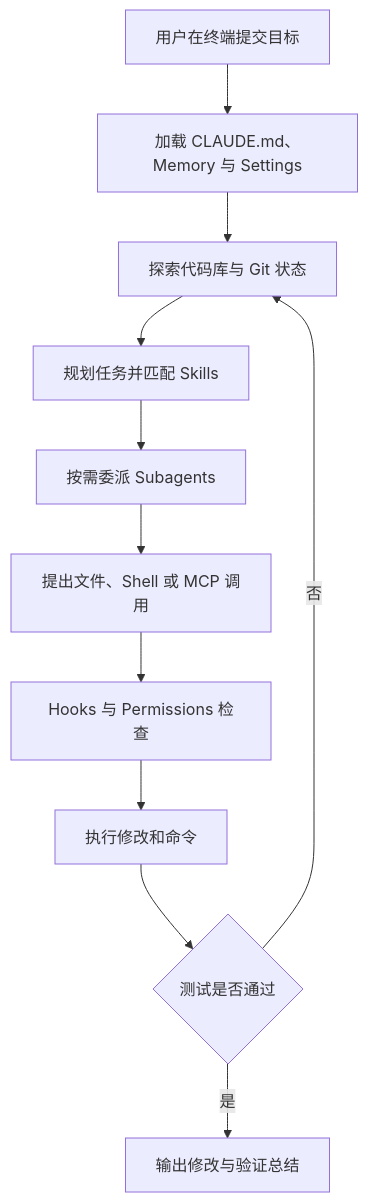
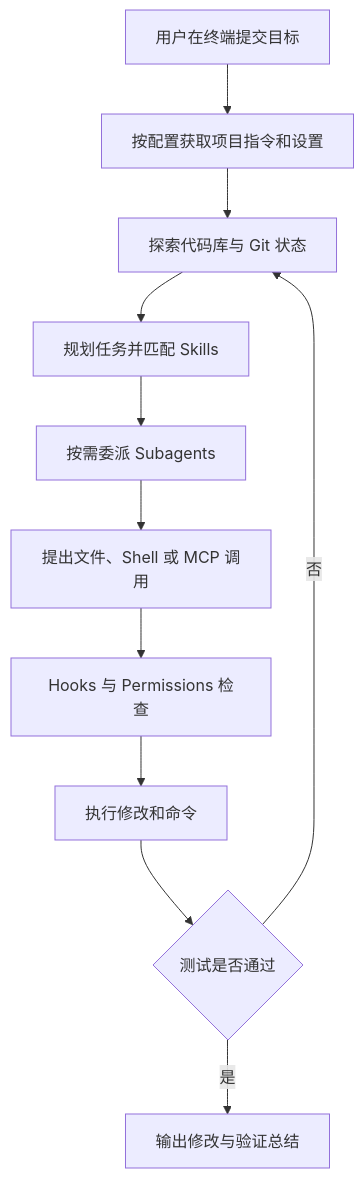
Before and after one commit to GuoWWWX/knowledge-base: the diagram in 10-AI应用开发/09-标杆产品拆解/Claude-Code/99-Claude-Code总结与复习.md, drawn with Mermaid. The commit also changed other lines of this file and 368 other files, not shown here.

````diff
--- a/10-AI应用开发/09-标杆产品拆解/Claude-Code/99-Claude-Code总结与复习.md
+++ b/10-AI应用开发/09-标杆产品拆解/Claude-Code/99-Claude-Code总结与复习.md
@@ -27,13 +29,13 @@
 ```mermaid
 flowchart TD
-    A["用户在终端提交目标"] --> B["加载 CLAUDE.md、Memory 与 Settings"]
+    A["用户在终端提交目标"] --> B["按配置获取项目指令和设置"]
     B --> C["探索代码库与 Git 状态"]
     C --> D["规划任务并匹配 Skills"]
     D --> E["按需委派 Subagents"]
     E --> F["提出文件、Shell 或 MCP 调用"]
     F --> G["Hooks 与 Permissions 检查"]
     G --> H["执行修改和命令"]
     H --> I{"测试是否通过"}
     I -->|否| C
     I -->|是| J["输出修改与验证总结"]
 ```
````
